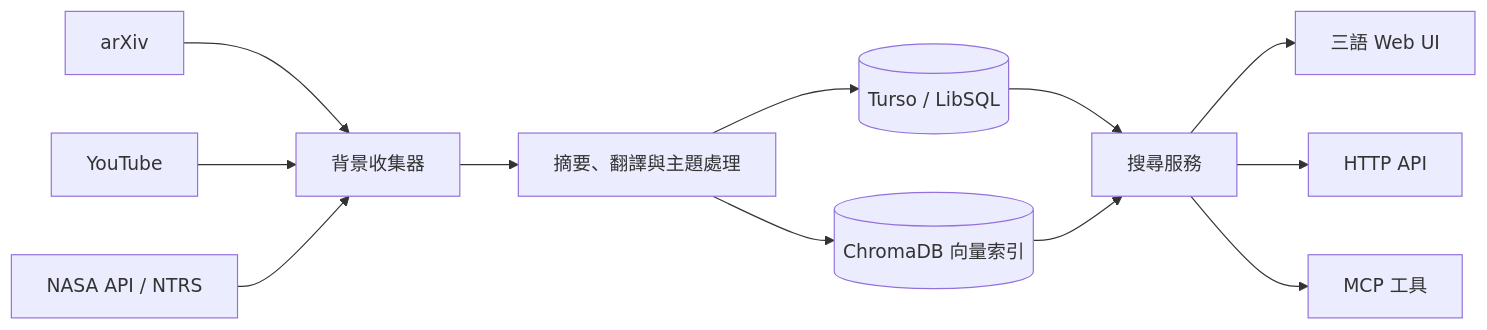
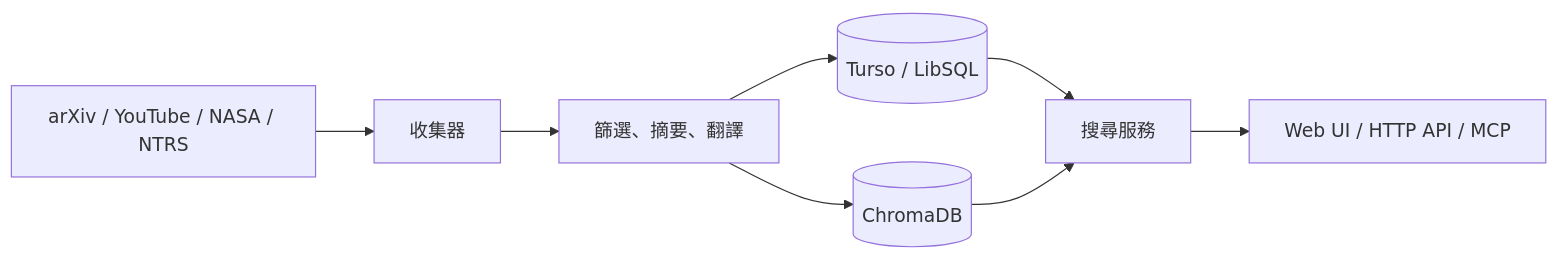
Before and after one commit to topben/astrogroot: the diagram in README.md, drawn with Mermaid. The commit also changed other lines of this file and 1 other file, not shown here.

````diff
--- a/README.md
+++ b/README.md
@@ -46,14 +42,10 @@
 ```mermaid
 flowchart LR
-  A[arXiv] --> C[背景收集器]
-  B[YouTube] --> C
-  N[NASA API / NTRS] --> C
-  C --> P[摘要、翻譯與主題處理]
+  A[arXiv / YouTube / NASA / NTRS] --> C[收集器]
+  C --> P[篩選、摘要、翻譯]
   P --> T[(Turso / LibSQL)]
-  P --> V[(ChromaDB 向量索引)]
+  P --> V[(ChromaDB)]
   T --> S[搜尋服務]
   V --> S
-  S --> W[三語 Web UI]
-  S --> H[HTTP API]
-  S --> M[MCP 工具]
+  S --> U[Web UI / HTTP API / MCP]
 ```
````
